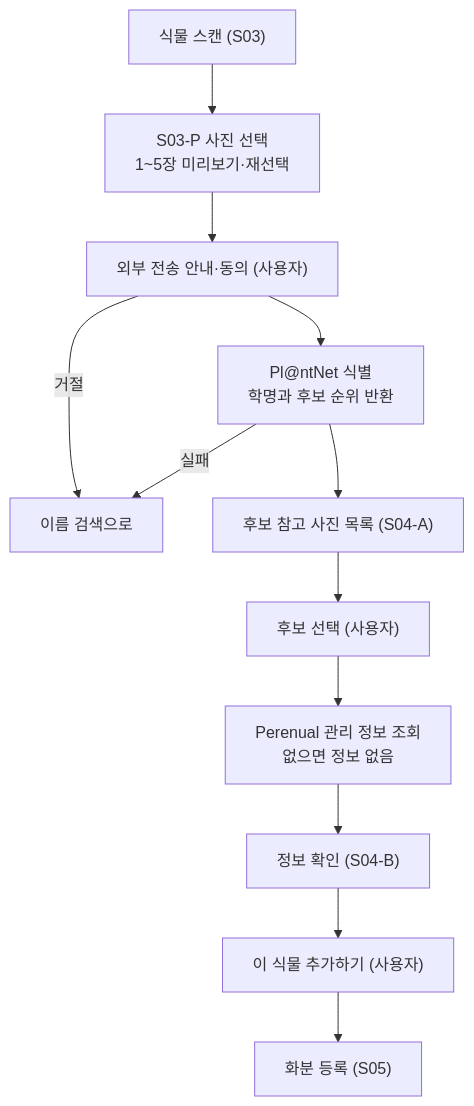
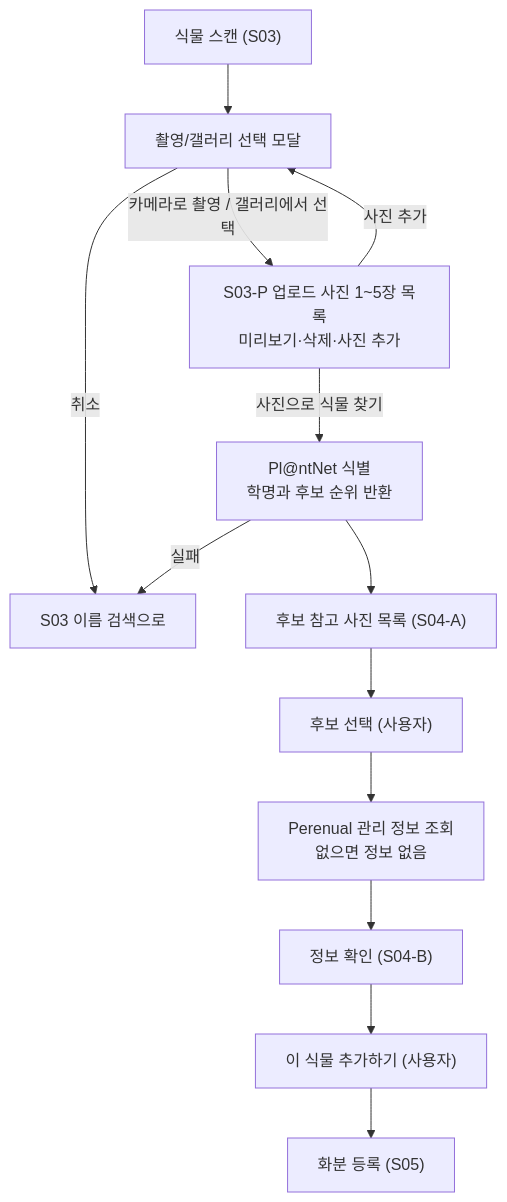
One commit to skiiilee/die-no-more changed the second of 2 diagrams in docs/stage2/03-functional-specification.md. Above: the diagram before and after it, drawn with Mermaid. The commit also changed other lines of this file, not shown here.

````diff
--- a/docs/stage2/03-functional-specification.md
+++ b/docs/stage2/03-functional-specification.md
@@ -69,14 +69,15 @@
 ```mermaid
 flowchart TD
-  A["식물 스캔 (S03)"] --> A1["S03-P 사진 선택<br/>1~5장 미리보기·재선택"]
-  A1 --> B["외부 전송 안내·동의 (사용자)"]
-  B -->|거절| N["이름 검색으로"]
-  B --> C["Pl@ntNet 식별<br/>학명과 후보 순위 반환"]
+  A["식물 스캔 (S03)"] --> B["촬영/갤러리 선택 모달"]
+  B -->|"카메라로 촬영 / 갤러리에서 선택"| P["S03-P 업로드 사진 1~5장 목록<br/>미리보기·삭제·사진 추가"]
+  B -->|취소| N["S03 이름 검색으로"]
+  P -->|"사진 추가"| B
+  P -->|"사진으로 식물 찾기"| C["Pl@ntNet 식별<br/>학명과 후보 순위 반환"]
   C -->|실패| N
   C --> D["후보 참고 사진 목록 (S04-A)"]
   D --> E["후보 선택 (사용자)"]
   E --> F["Perenual 관리 정보 조회<br/>없으면 정보 없음"]
   F --> G["정보 확인 (S04-B)"]
   G --> H["이 식물 추가하기 (사용자)"]
   H --> I["화분 등록 (S05)"]
 ```
````
